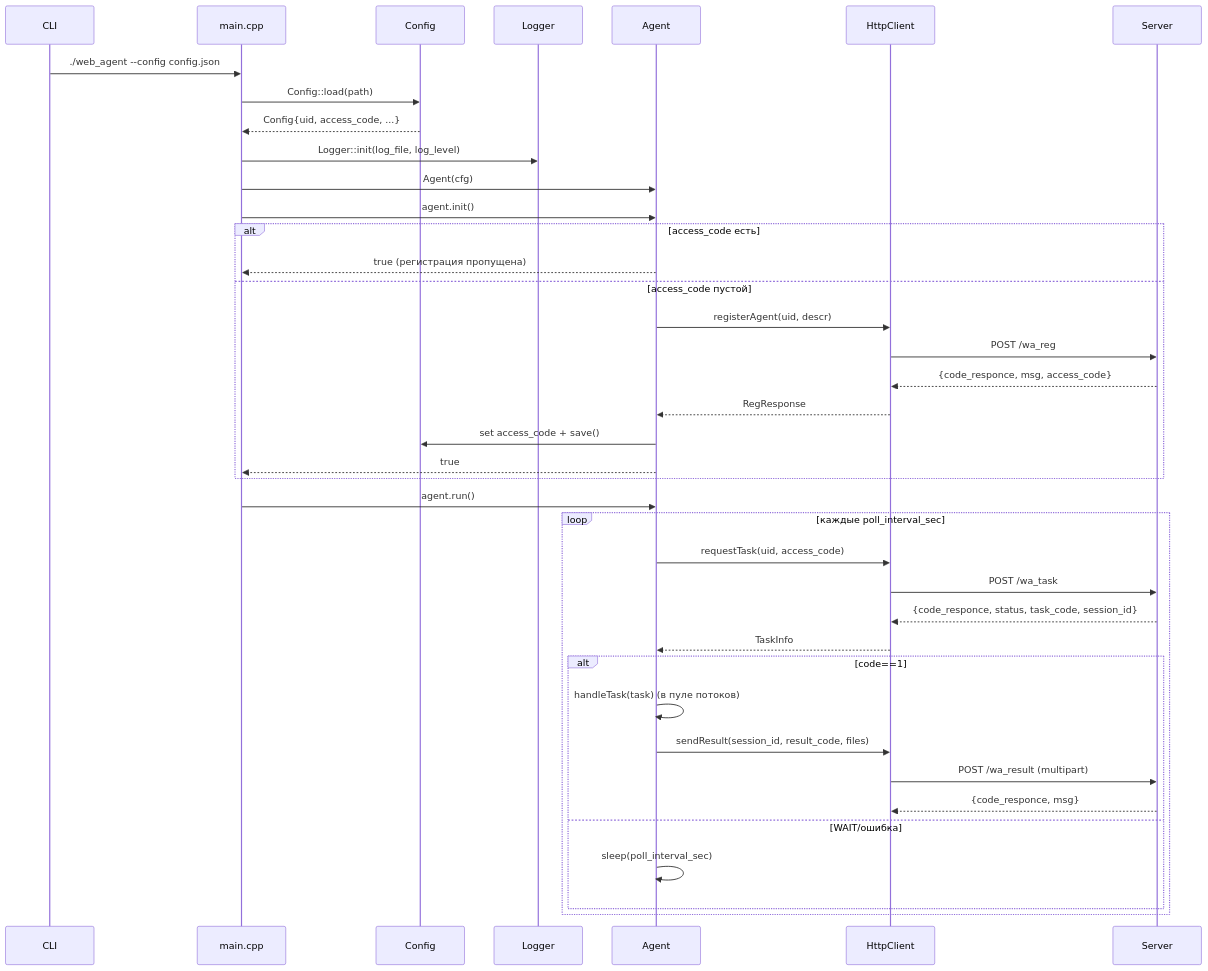
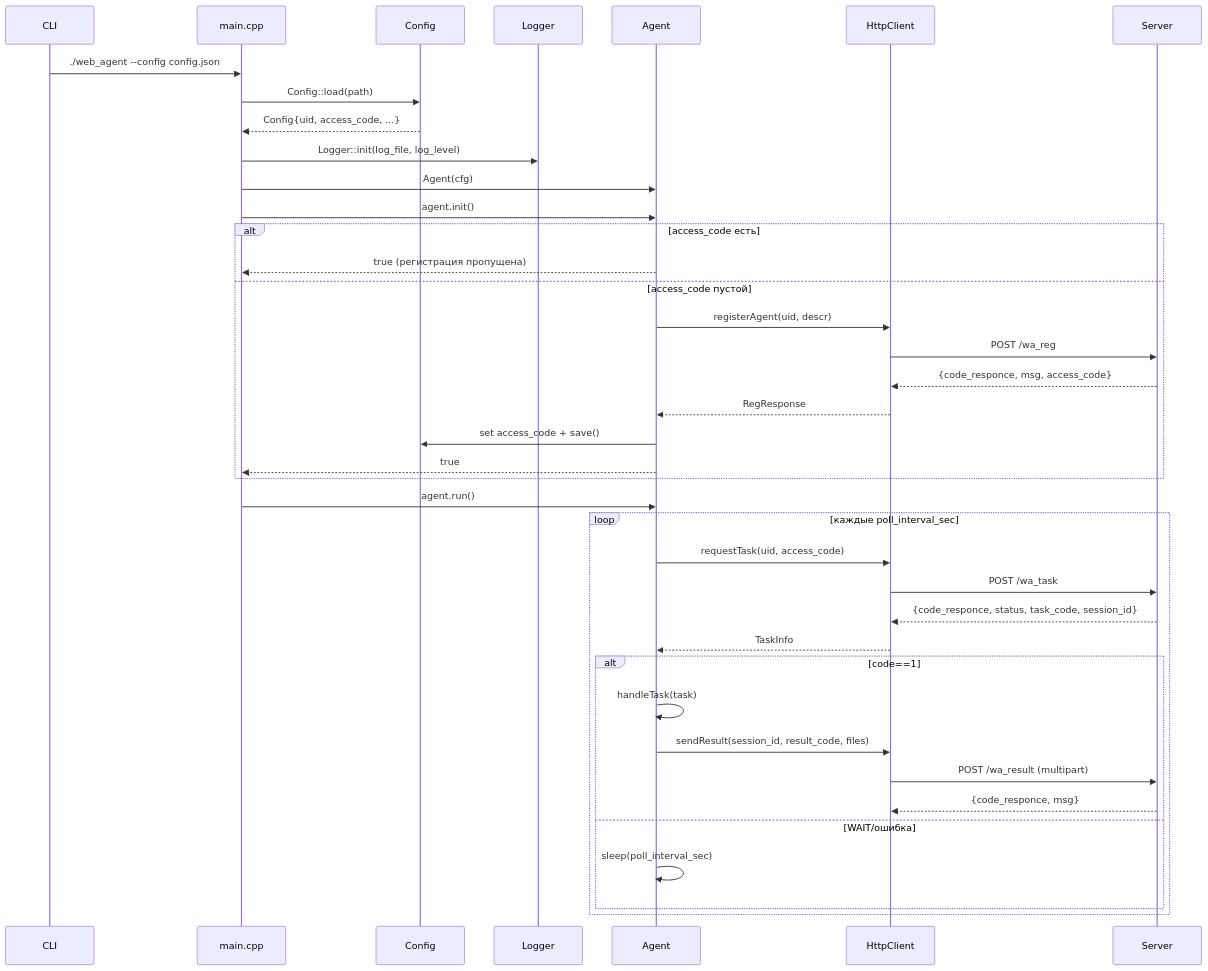
The second of 2 diagrams in docs/ARCHITECTURE_DRAFT.md (cli-resident/web-agent), drawn with Mermaid before and after one commit. The commit also changed other lines of this file and 19 other files, not shown here.

````diff
--- a/docs/ARCHITECTURE_DRAFT.md
+++ b/docs/ARCHITECTURE_DRAFT.md
@@ -89,42 +90,42 @@
 ```mermaid
 sequenceDiagram
     participant User as CLI
     participant Main as main.cpp
     participant Cfg as Config
     participant Log as Logger
     participant Agent as Agent
     participant Http as HttpClient
     participant Srv as Server
 
     User->>Main: ./web_agent --config config.json
     Main->>Cfg: Config::load(path)
     Cfg-->>Main: Config{uid, access_code, ...}
     Main->>Log: Logger::init(log_file, log_level)
     Main->>Agent: Agent(cfg)
     Main->>Agent: agent.init()
     alt access_code есть
         Agent-->>Main: true (регистрация пропущена)
     else access_code пустой
         Agent->>Http: registerAgent(uid, descr)
         Http->>Srv: POST /wa_reg
         Srv-->>Http: {code_responce, msg, access_code}
         Http-->>Agent: RegResponse
         Agent->>Cfg: set access_code + save()
         Agent-->>Main: true
     end
     Main->>Agent: agent.run()
     loop каждые poll_interval_sec
         Agent->>Http: requestTask(uid, access_code)
         Http->>Srv: POST /wa_task
         Srv-->>Http: {code_responce, status, task_code, session_id}
         Http-->>Agent: TaskInfo
         alt code==1
-            Agent->>Agent: handleTask(task) (в пуле потоков)
+            Agent->>Agent: handleTask(task)
             Agent->>Http: sendResult(session_id, result_code, files)
             Http->>Srv: POST /wa_result (multipart)
             Srv-->>Http: {code_responce, msg}
         else WAIT/ошибка
             Agent->>Agent: sleep(poll_interval_sec)
         end
     end
 ```
````
